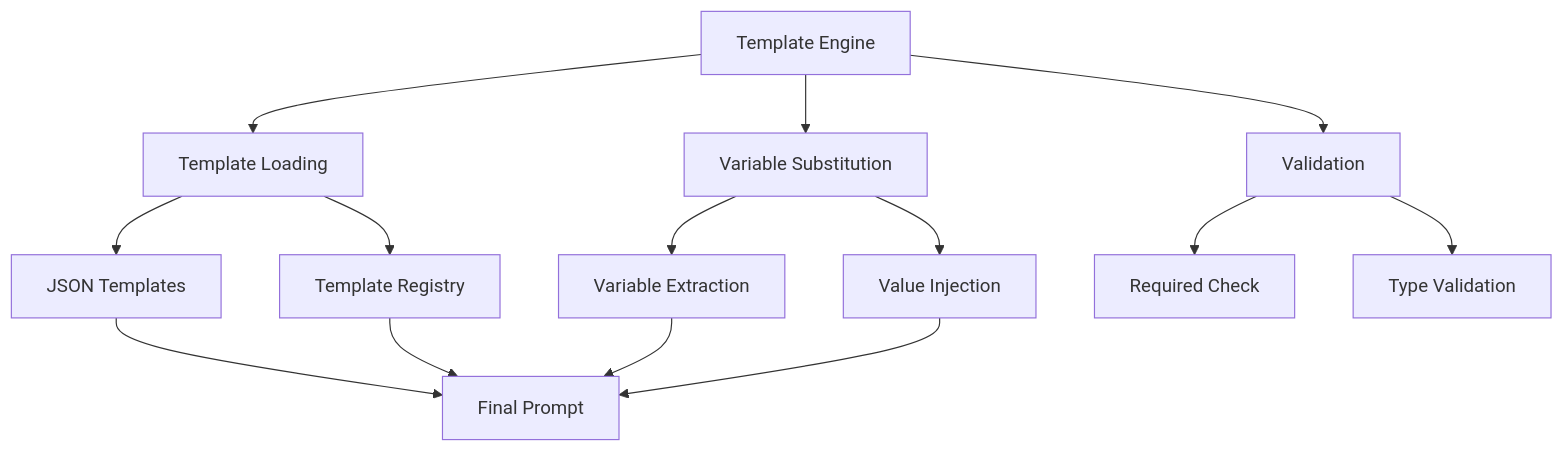
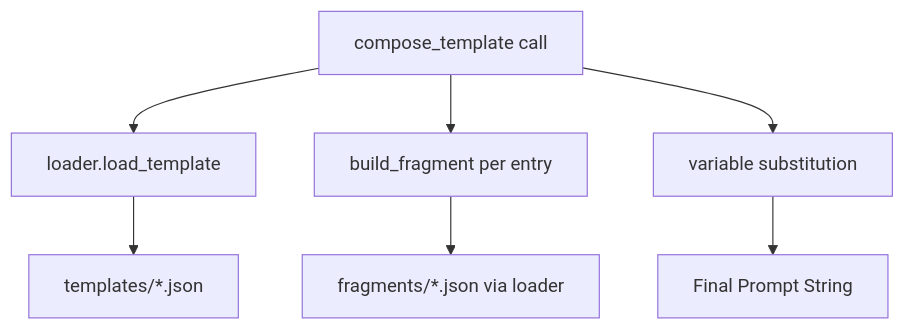
One commit to docxology/template changed the diagram in infrastructure/llm/prompts/templates/README.md. Above: the diagram before and after it, drawn with Mermaid. The commit also changed other lines of this file and 952 other files, not shown here.

````diff
--- a/infrastructure/llm/prompts/templates/README.md
+++ b/infrastructure/llm/prompts/templates/README.md
@@ -226,20 +133,9 @@
 ```mermaid
 graph TD
-    A[Template Engine] --> B[Template Loading]
-    A --> C[Variable Substitution]
-    A --> D[Validation]
-
-    B --> E[JSON Templates]
-    B --> F[Template Registry]
-
-    C --> G[Variable Extraction]
-    C --> H[Value Injection]
-
-    D --> I[Required Check]
-    D --> J[Type Validation]
-
-    E --> K[Final Prompt]
-    F --> K
-    G --> K
-    H --> K
+    A[compose_template call] --> B[loader.load_template]
+    B --> C[templates/*.json]
+    A --> D[build_fragment per entry]
+    D --> E[fragments/*.json via loader]
+    A --> F[variable substitution]
+    F --> G[Final Prompt String]
 ```
````
